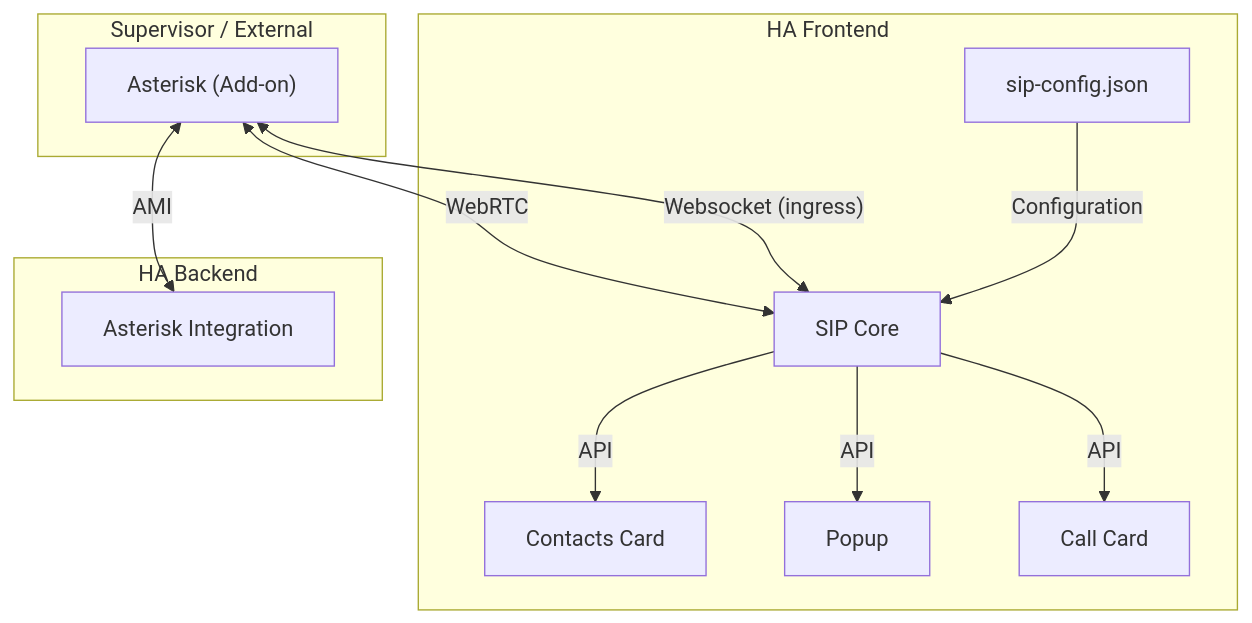
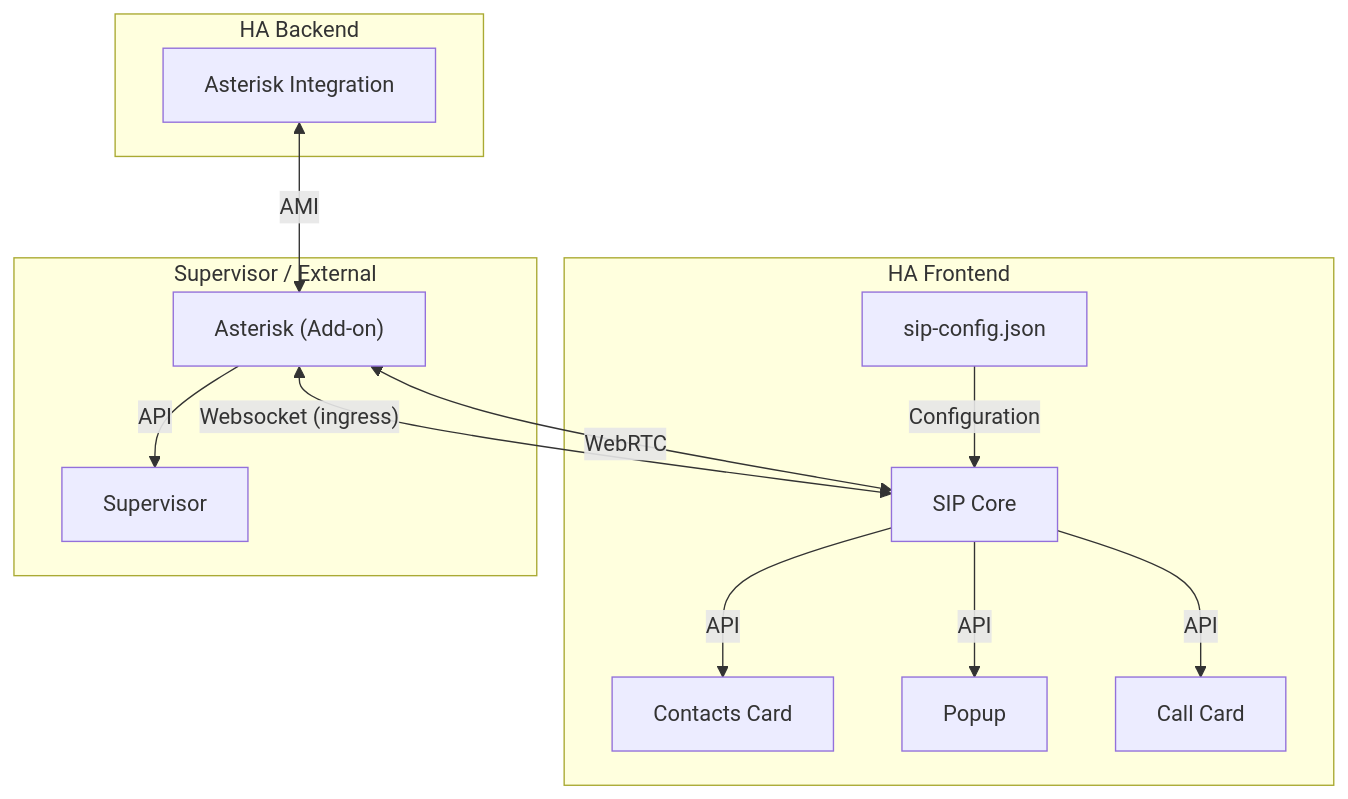
One commit to TECH7Fox/sip-hass-docs changed the diagram in docs/developers/introduction.md. Above: the diagram before and after it, drawn with Mermaid. The commit also changed other lines of this file and 11 other files, not shown here.

````diff
--- a/docs/developers/introduction.md
+++ b/docs/developers/introduction.md
@@ -18,20 +28,19 @@
 ```mermaid
 flowchart TD
     subgraph ha-frontend [HA Frontend]
         A[SIP Core] -->|API| B[Contacts Card]
         A -->|API| C[Popup]
         A -->|API| E[Call Card]
         D[sip-config.json] -->|Configuration| A
     end
 
     subgraph supervisor [Supervisor / External]
-        G["Asterisk (Add-on)"] <--> |"Websocket (ingress)"| A
+        G["Asterisk (Add-on)"] --> |"API"| H[Supervisor]
+        G <--> |"Websocket (ingress)"| A
         G <--> |"WebRTC"| A
     end
 
     subgraph ha-backend [HA Backend]
-        H[Asterisk Integration] <--> |AMI| G
+        I[Asterisk Integration] <--> |AMI| G
     end
-
-    supervisor ~~~ ha-backend
 ```
````
